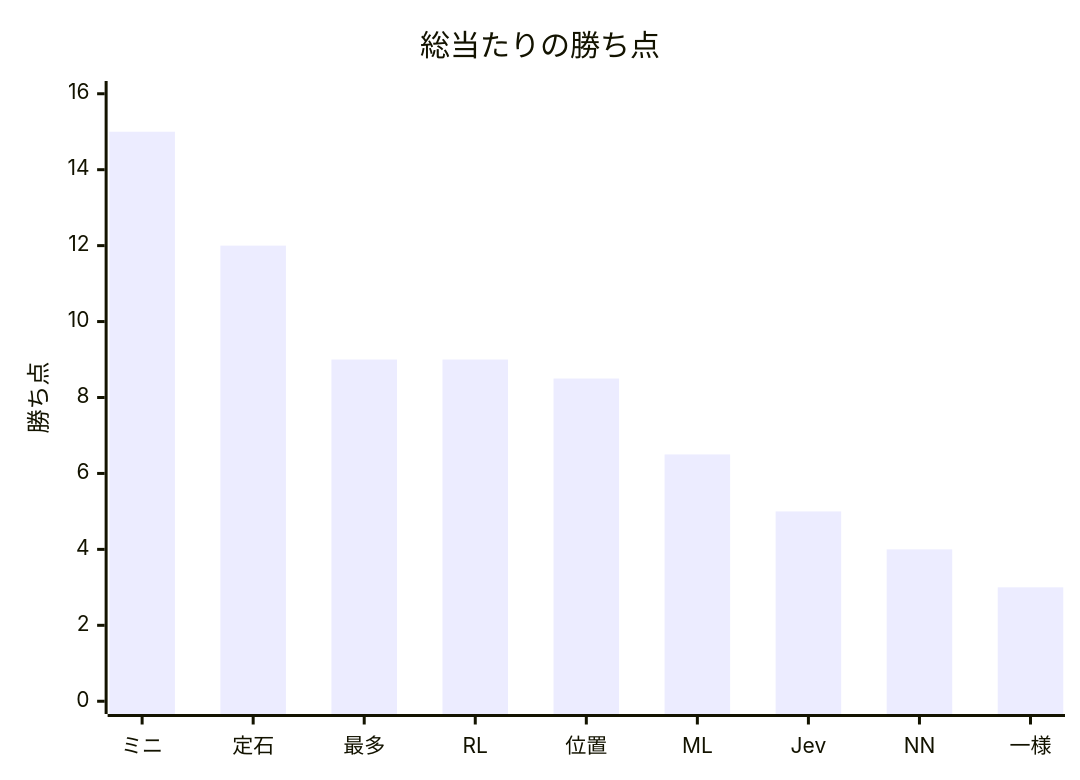
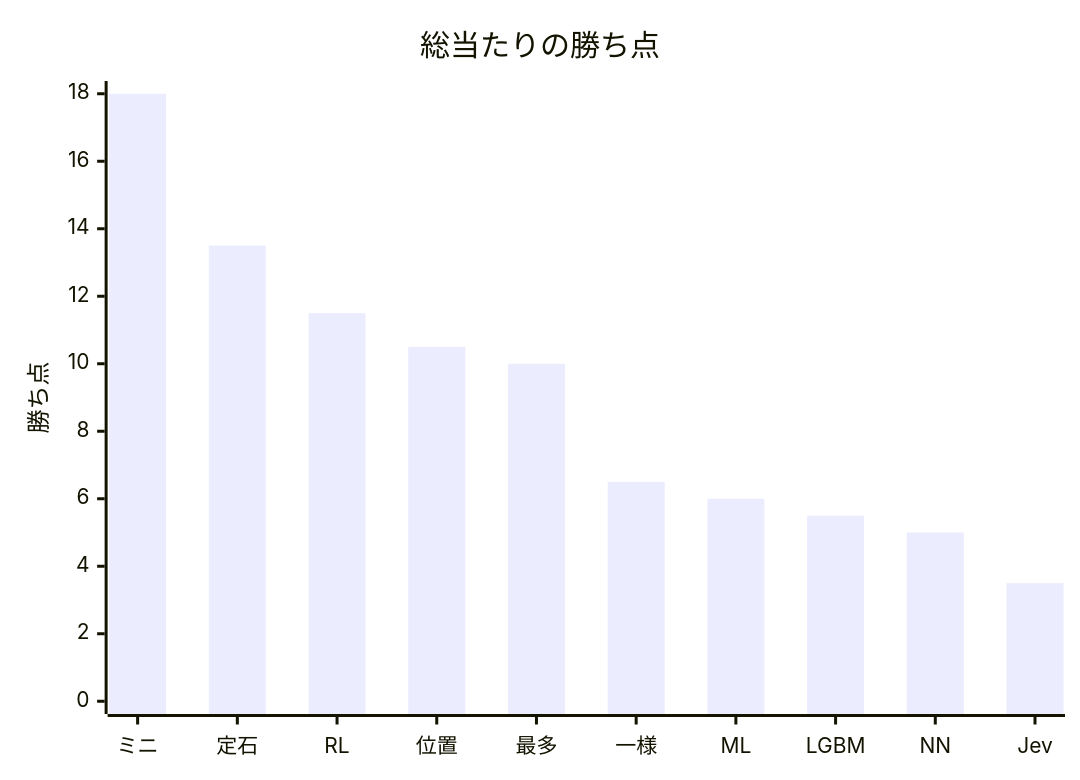
The diagram in docs/benchmarks/round-robin.md (gnkm/reversi-ai), drawn with Mermaid before and after one commit. The commit also changed other lines of this file and 2 other files, not shown here.

````diff
--- a/docs/benchmarks/round-robin.md
+++ b/docs/benchmarks/round-robin.md
@@ -34,7 +35,7 @@
 ```mermaid
 xychart-beta
     title "総当たりの勝ち点"
-    x-axis ["ミニ", "定石", "最多", "RL", "位置", "ML", "Jev", "NN", "一様"]
-    y-axis "勝ち点" 0 --> 16
-    bar [15, 12, 9, 9, 8.5, 6.5, 5, 4, 3]
+    x-axis ["ミニ", "定石", "RL", "位置", "最多", "一様", "ML", "LGBM", "NN", "Jev"]
+    y-axis "勝ち点" 0 --> 18
+    bar [18, 13.5, 11.5, 10.5, 10, 6.5, 6, 5.5, 5, 3.5]
 ```
````
